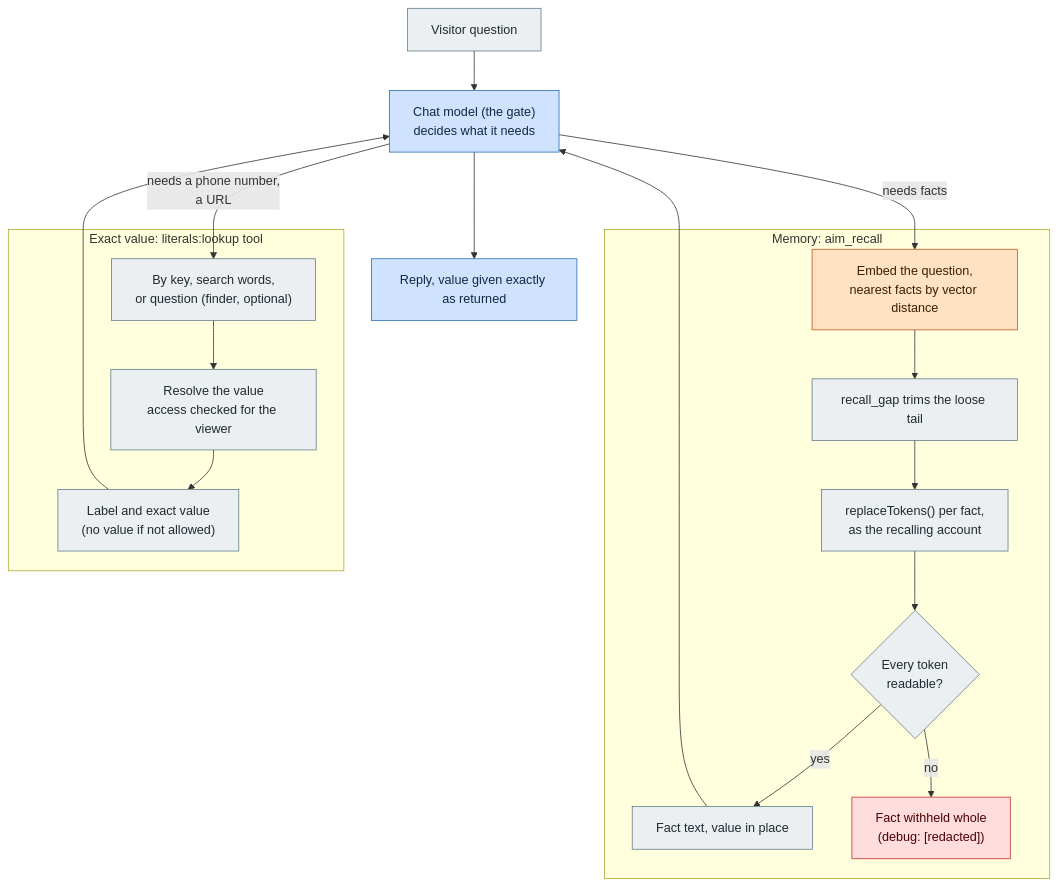
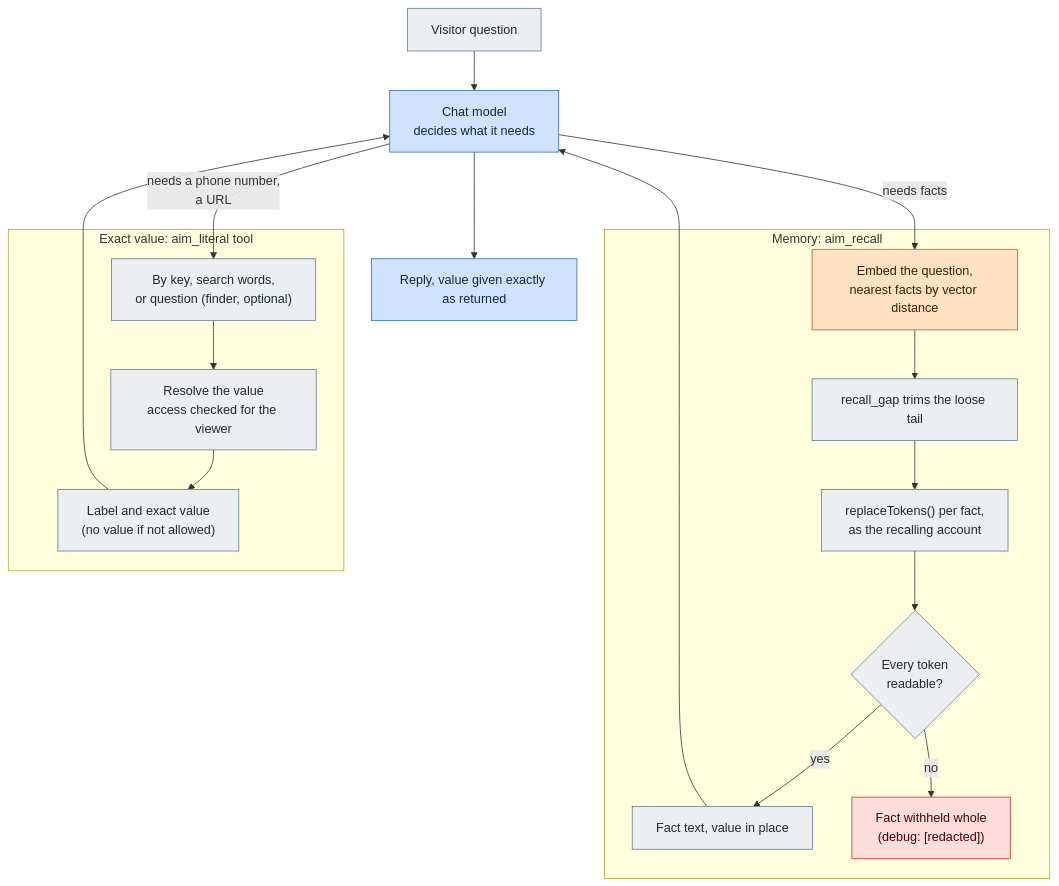
One commit to NikLP/aim changed the fifth of 6 diagrams in adr/workflow-diagram.md. Above: the diagram before and after it, drawn with Mermaid. The commit also changed other lines of this file and 11 other files, not shown here.

````diff
--- a/adr/workflow-diagram.md
+++ b/adr/workflow-diagram.md
@@ -311,32 +312,32 @@
 ```mermaid
 flowchart TD
   classDef llm fill:#cfe3ff,stroke:#2b6cb0,color:#102a43
   classDef vec fill:#ffe2c2,stroke:#c05621,color:#3d1f00
   classDef code fill:#eceff1,stroke:#607d8b,color:#1f2a30
   classDef bad fill:#fdd,stroke:#c53030,color:#4a0000
 
   Q["Visitor question"]:::code
-  A["Chat model (the gate)<br/>decides what it needs"]:::llm
+  A["Chat model<br/>decides what it needs"]:::llm
 
   subgraph MEM["Memory: aim_recall"]
     R1["Embed the question,<br/>nearest facts by vector distance"]:::vec
     R2["recall_gap trims the loose tail"]:::code
     R3["replaceTokens() per fact,<br/>as the recalling account"]:::code
     R4{"Every token<br/>readable?"}:::code
     R5["Fact text, value in place"]:::code
     R6["Fact withheld whole<br/>(debug: [redacted])"]:::bad
   end
 
-  subgraph LIT["Exact value: literals:lookup tool"]
+  subgraph LIT["Exact value: aim_literal tool"]
     L1["By key, search words,<br/>or question (finder, optional)"]:::code
     L2["Resolve the value<br/>access checked for the viewer"]:::code
     L3["Label and exact value<br/>(no value if not allowed)"]:::code
   end
 
   Q --> A
   A -->|"needs facts"| R1 --> R2 --> R3 --> R4
   R4 -->|yes| R5 --> A
   R4 -->|no| R6
   A -->|"needs a phone number,<br/>a URL"| L1 --> L2 --> L3 --> A
   A --> Z["Reply, value given exactly as returned"]:::llm
 ```
````
